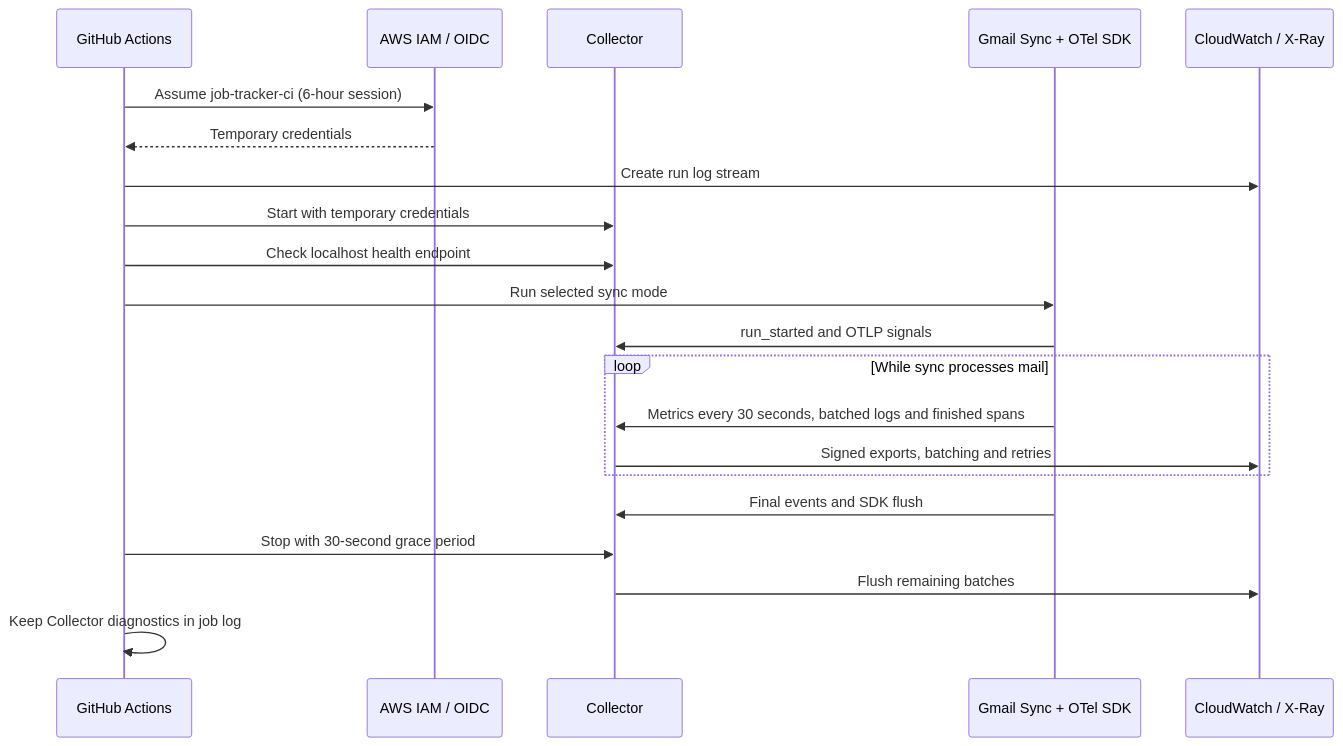
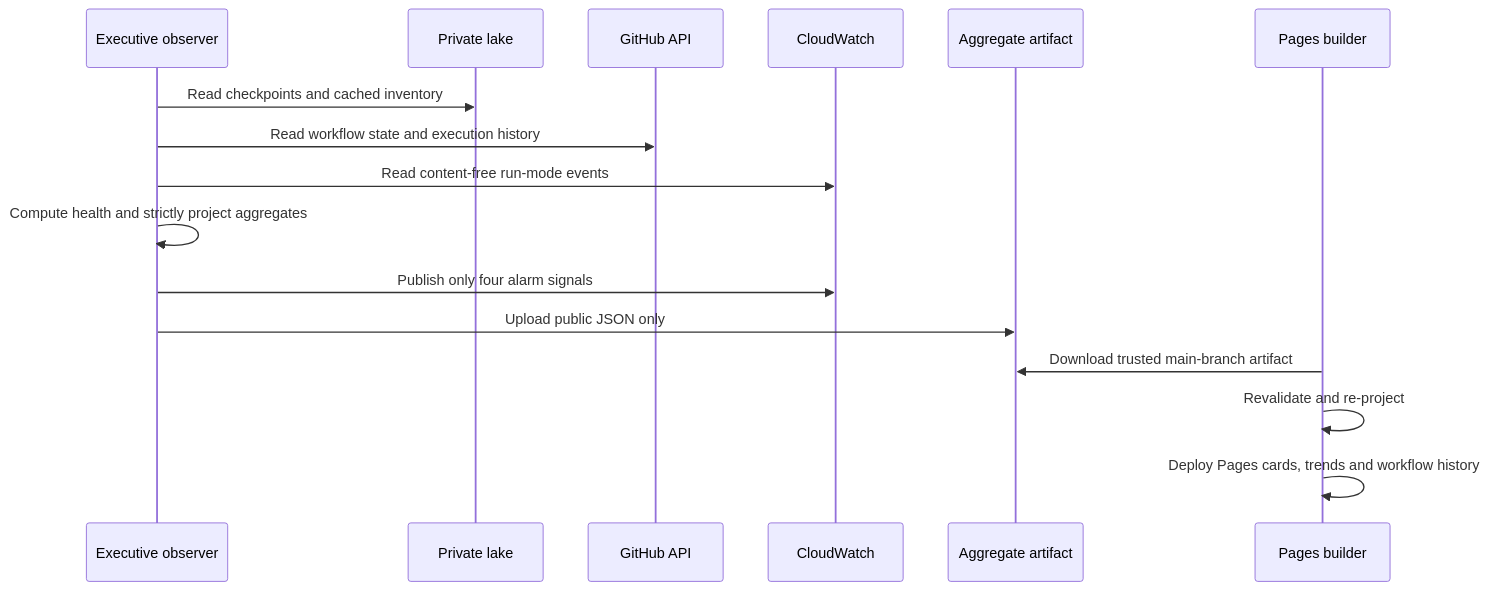
The second of 2 diagrams in docs/observability.md (considerable/mail-parquet-lake), drawn with Mermaid before and after one commit. The commit also changed other lines of this file and 24 other files, not shown here.

Commit message:
Move executive dashboard to Pages and limit AWS telemetry costs

````diff
--- a/docs/observability.md
+++ b/docs/observability.md
@@ -202,23 +101,18 @@
 ```mermaid
 sequenceDiagram
-    participant GH as GitHub Actions
-    participant IAM as AWS IAM / OIDC
-    participant COL as Collector
-    participant APP as Gmail Sync + OTel SDK
-    participant AWS as CloudWatch / X-Ray
-    GH->>IAM: Assume job-tracker-ci (6-hour session)
-    IAM-->>GH: Temporary credentials
-    GH->>AWS: Create run log stream
-    GH->>COL: Start with temporary credentials
-    GH->>COL: Check localhost health endpoint
-    GH->>APP: Run selected sync mode
-    APP->>COL: run_started and OTLP signals
-    loop While sync processes mail
-        APP->>COL: Metrics every 30 seconds, batched logs and finished spans
-        COL->>AWS: Signed exports, batching and retries
-    end
-    APP->>COL: Final events and SDK flush
-    GH->>COL: Stop with 30-second grace period
-    COL->>AWS: Flush remaining batches
-    GH->>GH: Keep Collector diagnostics in job log
+    participant OBS as Executive observer
+    participant S3 as Private lake
+    participant GH as GitHub API
+    participant CW as CloudWatch
+    participant ART as Aggregate artifact
+    participant WEB as Pages builder
+    OBS->>S3: Read checkpoints and cached inventory
+    OBS->>GH: Read workflow state and execution history
+    OBS->>CW: Read content-free run-mode events
+    OBS->>OBS: Compute health and strictly project aggregates
+    OBS->>CW: Publish only four alarm signals
+    OBS->>ART: Upload public JSON only
+    WEB->>ART: Download trusted main-branch artifact
+    WEB->>WEB: Revalidate and re-project
+    WEB->>WEB: Deploy Pages cards, trends and workflow history
 ```
````
